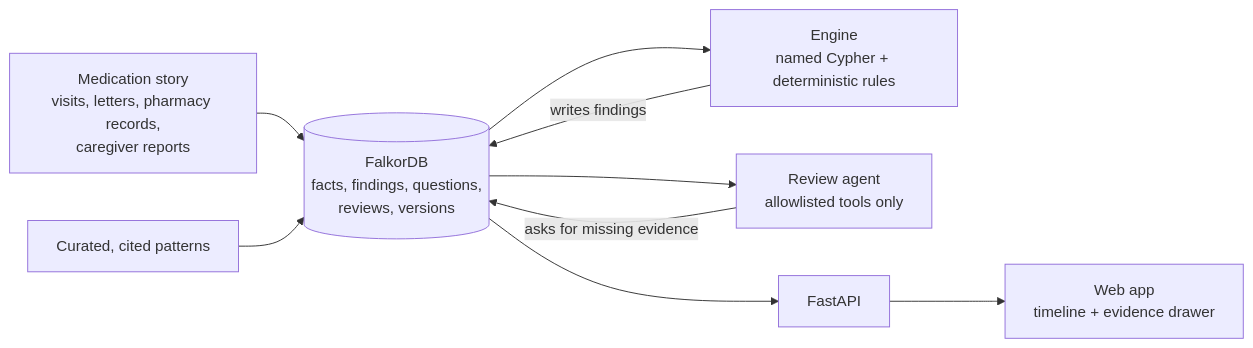
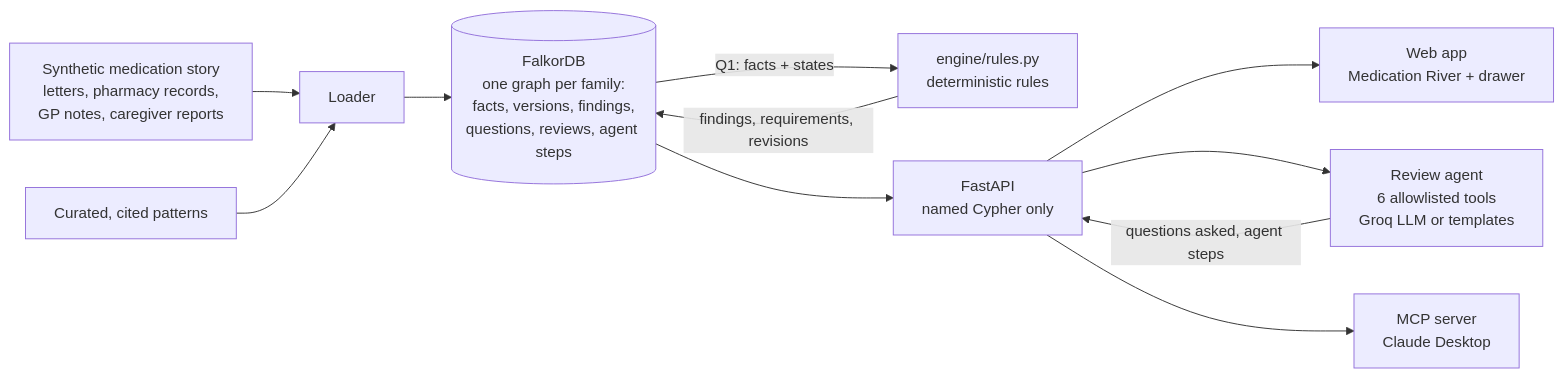
Before and after one commit to AjaySingh-a/firstdomino: the first of 2 diagrams in README.md, drawn with Mermaid. The commit also changed other lines of this file and 4 other files, not shown here.

First line of the commit message:
B-1: README for judges, AI_USAGE.md, P2 doc gaps, AOF-tolerant graph test (#13)

````diff
--- a/README.md
+++ b/README.md
@@ -30,11 +92,13 @@
 ```mermaid
 flowchart LR
-    S[Medication story<br/>visits, letters, pharmacy records,<br/>caregiver reports] --> G[(FalkorDB<br/>facts, findings, questions,<br/>reviews, versions)]
-    K[Curated, cited patterns] --> G
-    G --> E[Engine<br/>named Cypher + deterministic rules]
-    E -->|writes findings| G
-    G --> A[Review agent<br/>allowlisted tools only]
-    A -->|asks for missing evidence| G
-    G --> API[FastAPI]
-    API --> W[Web app<br/>timeline + evidence drawer]
+    S[Synthetic medication story<br/>letters, pharmacy records,<br/>GP notes, caregiver reports] --> L[Loader]
+    K[Curated, cited patterns] --> L
+    L --> G[(FalkorDB<br/>one graph per family:<br/>facts, versions, findings,<br/>questions, reviews, agent steps)]
+    G -->|Q1: facts + states| R[engine/rules.py<br/>deterministic rules]
+    R -->|findings, requirements, revisions| G
+    G --> API[FastAPI<br/>named Cypher only]
+    API --> W[Web app<br/>Medication River + drawer]
+    API --> A[Review agent<br/>6 allowlisted tools<br/>Groq LLM or templates]
+    A -->|questions asked, agent steps| API
+    API --> M[MCP server<br/>Claude Desktop]
 ```
````
